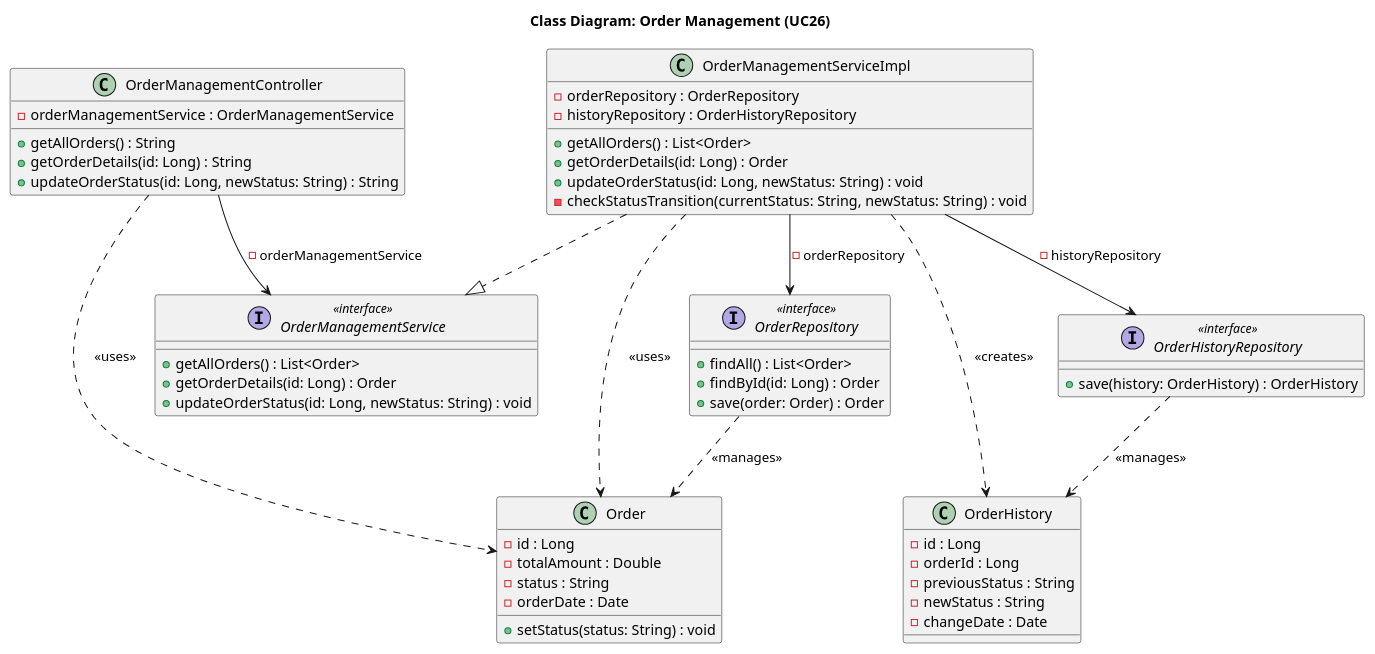
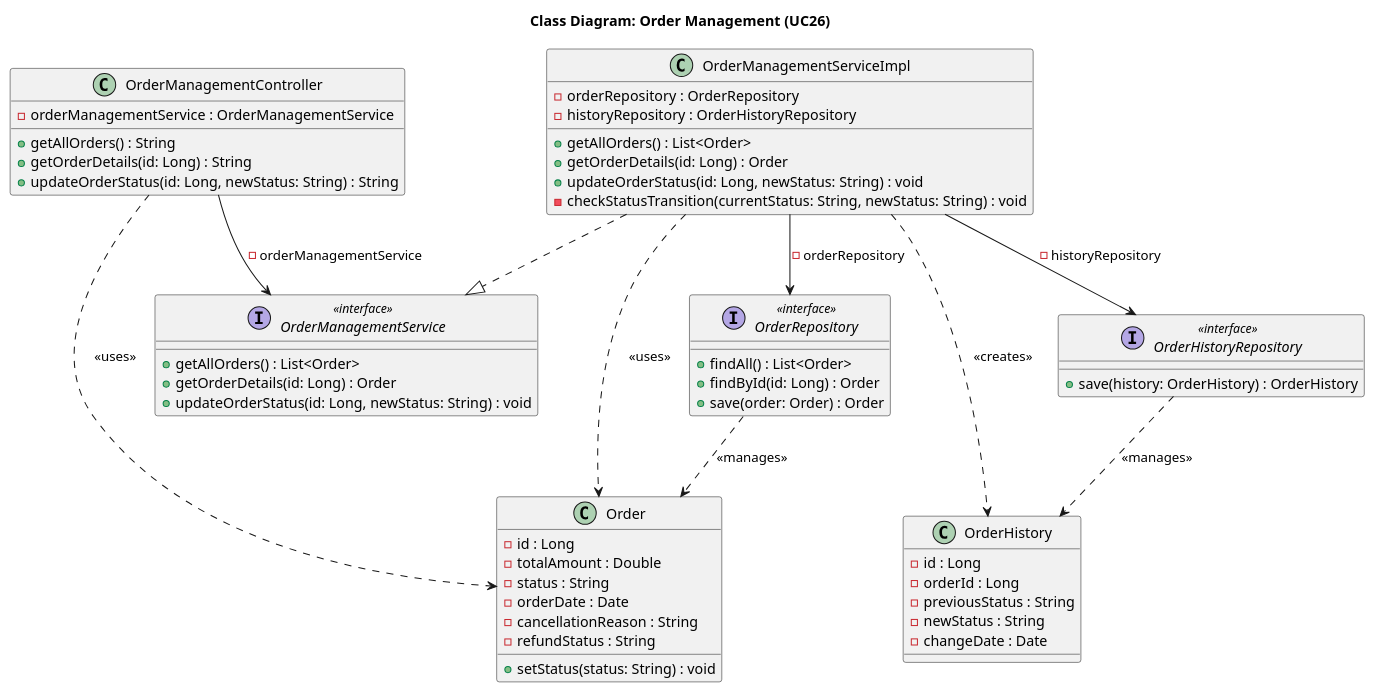
Before and after one commit to Peterdir/fashion-store-system: the diagram in src/main/java/org/example/fashionstoresystem/uml/Class/CD26_OrderManagement.puml, drawn with PlantUML. The commit also changed 10 other files, not shown here.

Commit message:
Update Entity and Diagram

```diff
--- a/src/main/java/org/example/fashionstoresystem/uml/Class/CD26_OrderManagement.puml
+++ b/src/main/java/org/example/fashionstoresystem/uml/Class/CD26_OrderManagement.puml
@@ -1,74 +1,76 @@
 @startuml
 title Class Diagram: Order Management (UC26)
 
 ' Controller
 class OrderManagementController {
     - orderManagementService : OrderManagementService
     + getAllOrders() : String
     + getOrderDetails(id: Long) : String
     + updateOrderStatus(id: Long, newStatus: String) : String
 }
 
 ' Service
 interface OrderManagementService <<interface>> {
     + getAllOrders() : List<Order>
     + getOrderDetails(id: Long) : Order
     + updateOrderStatus(id: Long, newStatus: String) : void
 }
 
 class OrderManagementServiceImpl {
     - orderRepository : OrderRepository
     - historyRepository : OrderHistoryRepository
     + getAllOrders() : List<Order>
     + getOrderDetails(id: Long) : Order
     + updateOrderStatus(id: Long, newStatus: String) : void
     - checkStatusTransition(currentStatus: String, newStatus: String) : void
 }
 
 ' Repository
 interface OrderRepository <<interface>> {
     + findAll() : List<Order>
     + findById(id: Long) : Order
     + save(order: Order) : Order
 }
 
 interface OrderHistoryRepository <<interface>> {
     + save(history: OrderHistory) : OrderHistory
 }
 
 ' Entity & DTO
 class Order {
     - id : Long
     - totalAmount : Double
     - status : String
     - orderDate : Date
+    - cancellationReason : String
+    - refundStatus : String
     + setStatus(status: String) : void
 }
 
 class OrderHistory {
     - id : Long
     - orderId : Long
     - previousStatus : String
     - newStatus : String
     - changeDate : Date
 }
 
 ' Relationships
 
 ' Implementation
 OrderManagementServiceImpl ..|> OrderManagementService
 
 ' Dependency Injection
 OrderManagementController --> OrderManagementService : - orderManagementService
 OrderManagementServiceImpl --> OrderRepository : - orderRepository
 OrderManagementServiceImpl --> OrderHistoryRepository : - historyRepository
 
 ' Object Usage
 OrderManagementController ..> Order : <<uses>>
 OrderManagementServiceImpl ..> Order : <<uses>>
 OrderRepository ..> Order : <<manages>>
 
 OrderManagementServiceImpl ..> OrderHistory : <<creates>>
 OrderHistoryRepository ..> OrderHistory : <<manages>>
 
 @enduml
```
